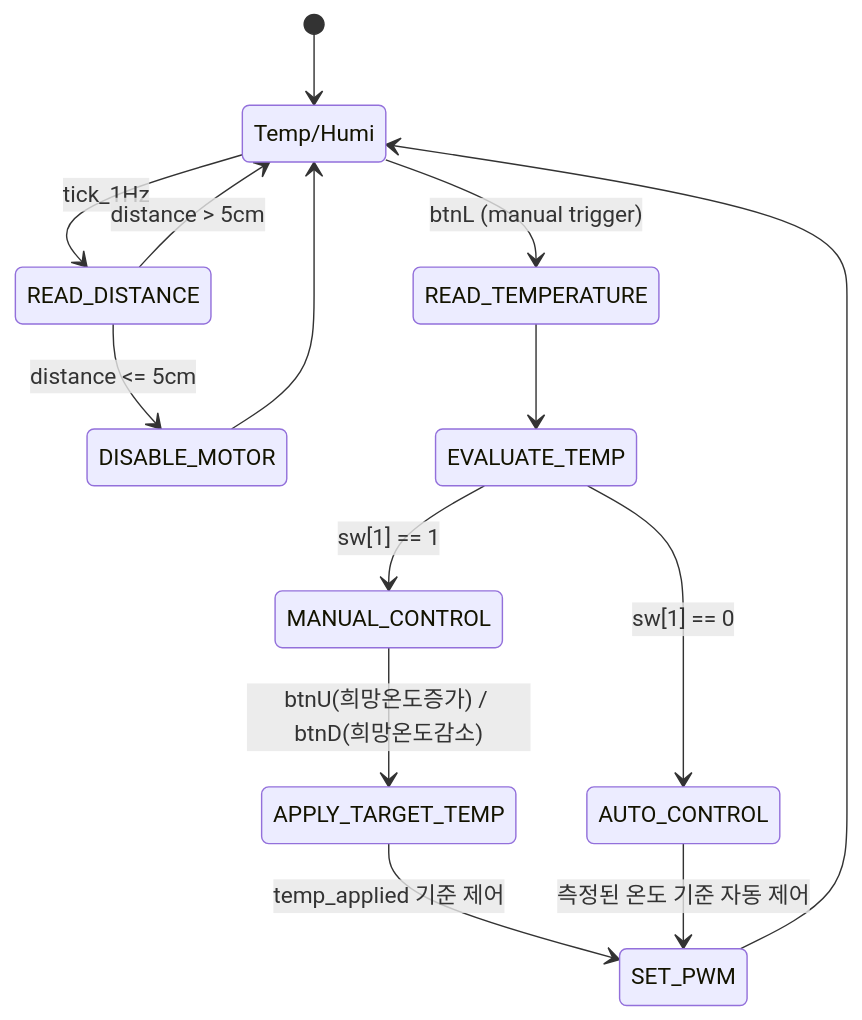
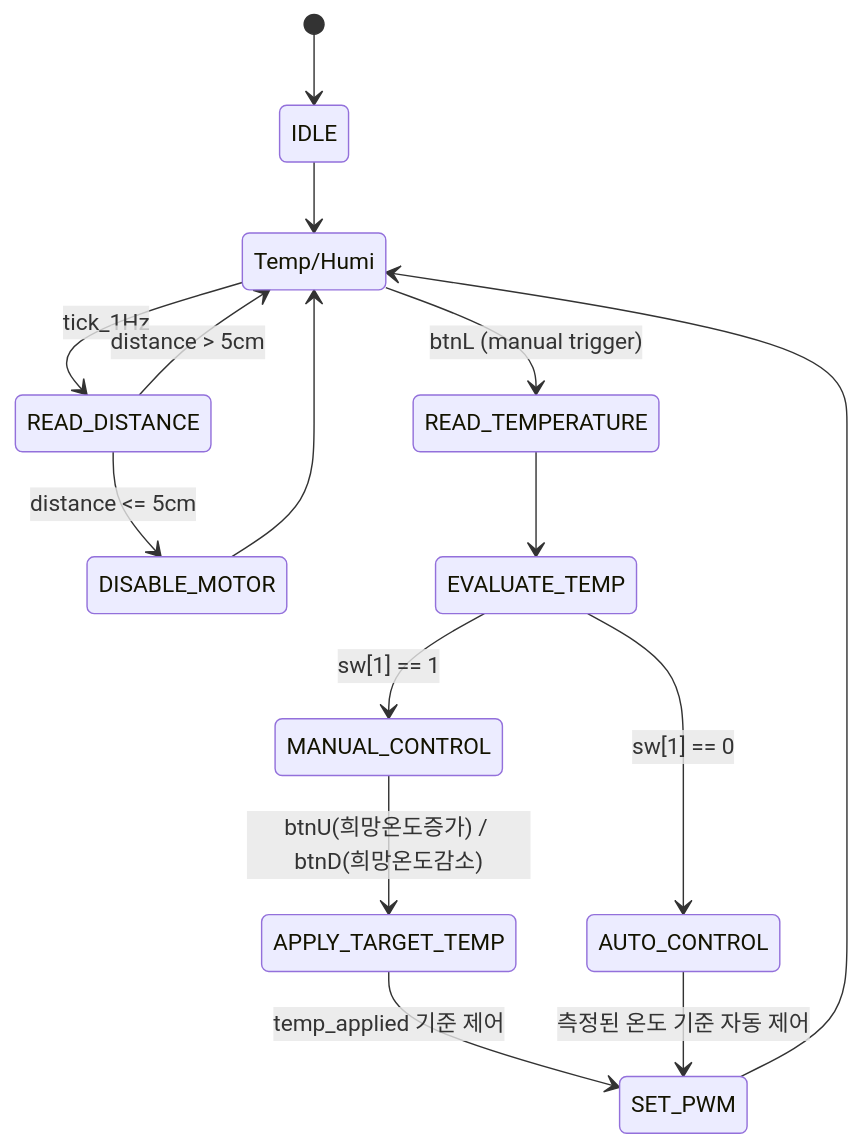
The third of 5 diagrams in 15.BESPOKE/README.md (SE0NGH0/AI_Verilog_HDL), drawn with Mermaid before and after one commit.

````diff
--- a/15.BESPOKE/README.md
+++ b/15.BESPOKE/README.md
@@ -94,16 +94,17 @@
 ```mermaid
 stateDiagram-v2
-    [*] --> Temp/Humi
+    [*] --> IDLE
+    IDLE --> Temp/Humi
     Temp/Humi --> READ_DISTANCE: tick_1Hz
     Temp/Humi --> READ_TEMPERATURE: btnL (manual trigger)
     READ_DISTANCE --> DISABLE_MOTOR: distance <= 5cm
     READ_DISTANCE --> Temp/Humi: distance > 5cm
     READ_TEMPERATURE --> EVALUATE_TEMP
     EVALUATE_TEMP --> MANUAL_CONTROL: sw[1] == 1
     EVALUATE_TEMP --> AUTO_CONTROL: sw[1] == 0
     MANUAL_CONTROL --> APPLY_TARGET_TEMP: btnU(희망온도증가) / btnD(희망온도감소)
     APPLY_TARGET_TEMP --> SET_PWM: temp_applied 기준 제어
     AUTO_CONTROL --> SET_PWM: 측정된 온도 기준 자동 제어
     SET_PWM --> Temp/Humi
     DISABLE_MOTOR --> Temp/Humi
 ```
````
